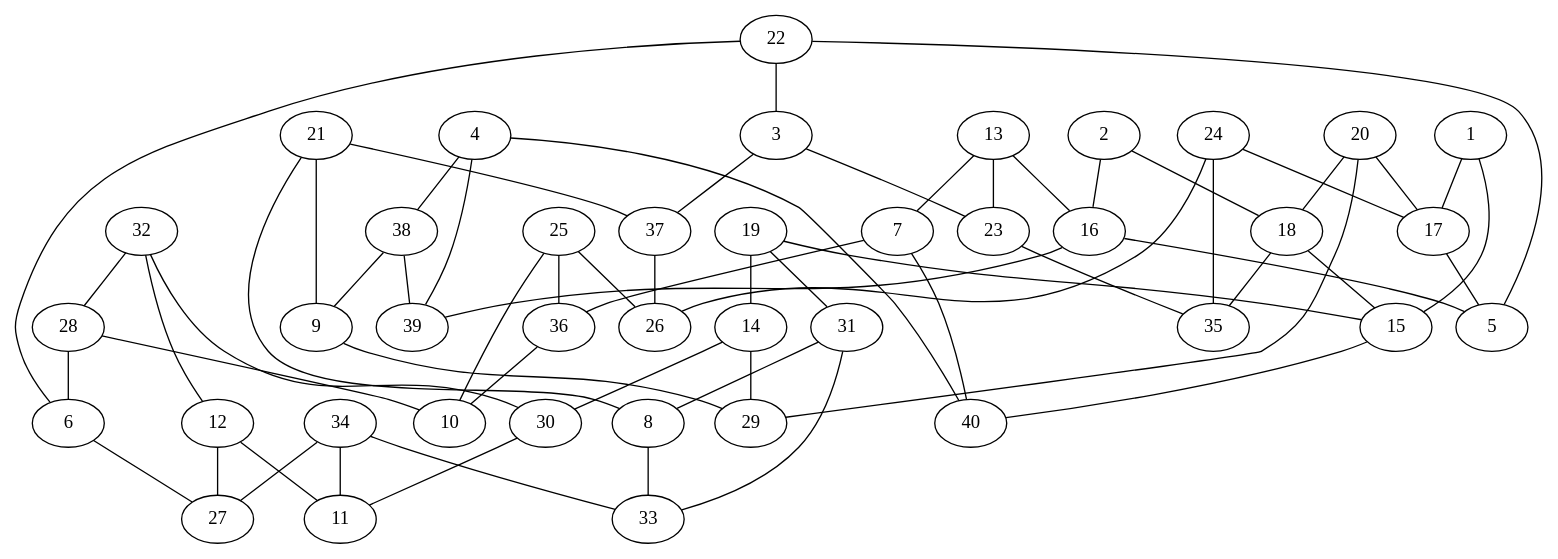
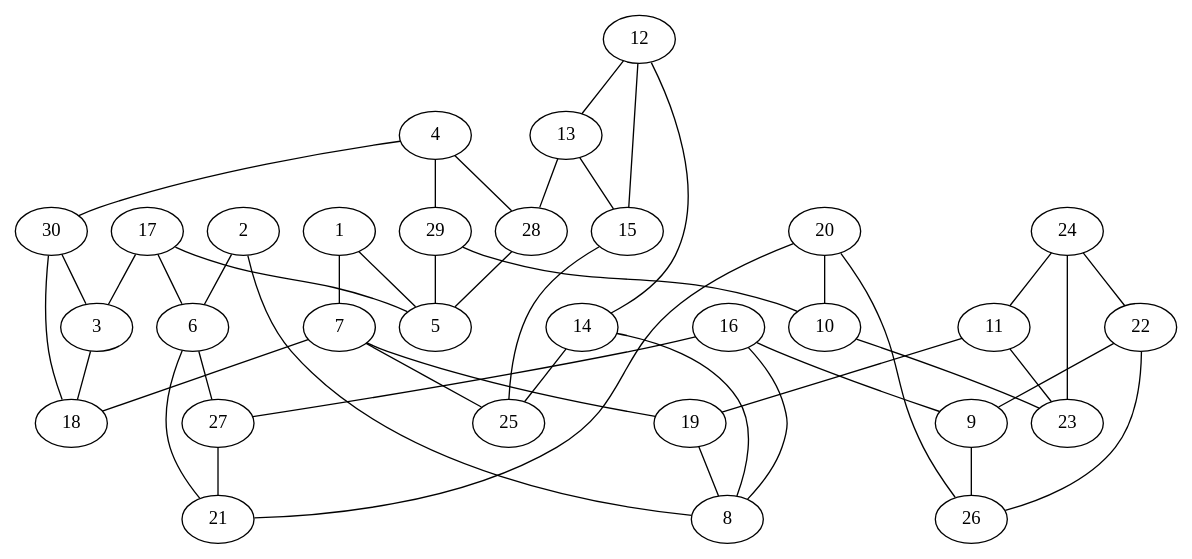
Before and after one commit to felixble/htw-ava-ws16-rumor: the diagram in config/graphElection.dot, drawn with Graphviz. The commit also changed 4 other files, not shown here.

```diff
--- a/config/graphElection.dot
+++ b/config/graphElection.dot
@@ -1,63 +1,48 @@
 graph G {
-22 -- 3;
-22 -- 5;
-22 -- 6;
-4 -- 40;
-4 -- 39;
-4 -- 38;
-21 -- 37;
-21 -- 8;
-21 -- 9;
-25 -- 26;
-25 -- 36;
-25 -- 10;
-34 -- 27;
-34 -- 33;
-34 -- 11;
-32 -- 28;
-32 -- 30;
-32 -- 12;
-19 -- 31;
-19 -- 14;
-19 -- 15;
-20 -- 29;
-20 -- 17;
-20 -- 18;
-13 -- 16;
-13 -- 7;
-13 -- 23;
-24 -- 35;
-24 -- 17;
-24 -- 26;
-28 -- 10;
-28 -- 6;
-3 -- 37;
-3 -- 23;
-31 -- 33;
-31 -- 8;
-38 -- 9;
-38 -- 39;
-14 -- 29;
-14 -- 30;
-18 -- 35;
-18 -- 15;
-12 -- 27;
-12 -- 11;
-7 -- 40;
-7 -- 36;
-16 -- 5;
-16 -- 39;
-37 -- 26;
+17 -- 3;
 17 -- 5;
-15 -- 40;
+17 -- 6;
+4 -- 30;
+4 -- 29;
+4 -- 28;
+16 -- 27;
+16 -- 8;
+16 -- 9;
+20 -- 21;
+20 -- 26;
+20 -- 10;
+24 -- 22;
+24 -- 23;
+24 -- 11;
+12 -- 13;
+12 -- 14;
+12 -- 15;
+7 -- 18;
+7 -- 19;
+7 -- 25;
+14 -- 8;
+14 -- 25;
+22 -- 9;
+22 -- 26;
+6 -- 21;
 6 -- 27;
-23 -- 35;
-30 -- 11;
-36 -- 10;
-8 -- 33;
-9 -- 29;
-1 -- 15;
-2 -- 16;
-1 -- 17;
-2 -- 18;
+13 -- 28;
+13 -- 15;
+29 -- 5;
+29 -- 10;
+11 -- 23;
+11 -- 19;
+30 -- 18;
+30 -- 3;
+15 -- 25;
+3 -- 18;
+10 -- 23;
+9 -- 26;
+19 -- 8;
+27 -- 21;
+28 -- 5;
+1 -- 5;
+2 -- 6;
+1 -- 7;
+2 -- 8;
 }
```
